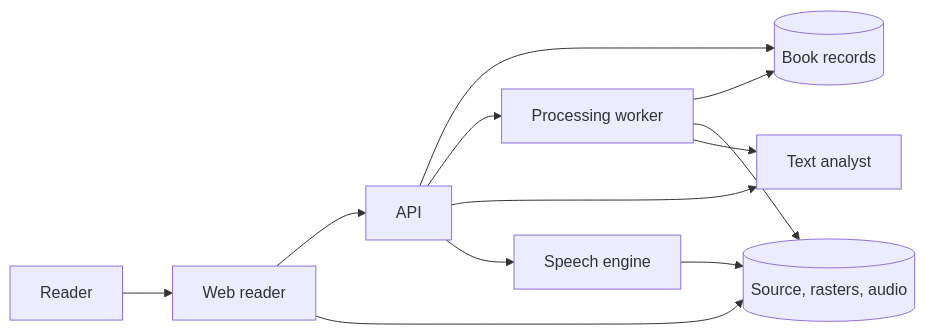
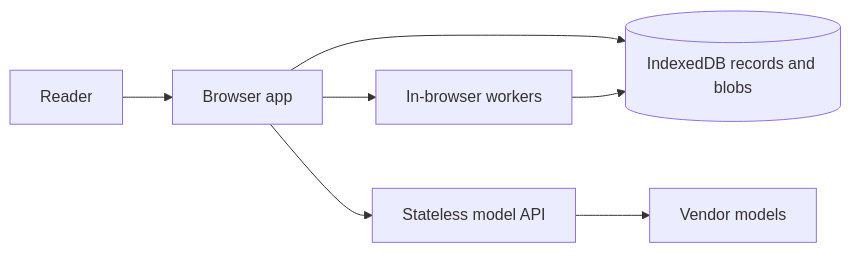
Before and after one commit to manishsharma004/open-book-reader: the second of 6 diagrams in specs/discussion/DESIGN.md, drawn with Mermaid. The commit also changed other lines of this file and 1 other file, not shown here.

First line of the commit message:
Keep book data in the browser and the model API stateless.

````diff
--- a/specs/discussion/DESIGN.md
+++ b/specs/discussion/DESIGN.md
@@ -90,23 +101,16 @@
 ```mermaid
 flowchart LR
   reader[Reader]
-  web[Web reader]
-  api[API]
-  worker[Processing worker]
-  analyst[Text analyst]
-  speech[Speech engine]
-  db[("Book records")]
-  blob[("Source, rasters, audio")]
+  app[Browser app]
+  workers[In-browser workers]
+  idb[("IndexedDB records and blobs")]
+  api[Stateless model API]
+  models[Vendor models]
 
-  reader --> web
-  web --> api
-  api --> db
-  api --> worker
-  worker --> db
-  worker --> blob
-  worker --> analyst
-  api --> analyst
-  api --> speech
-  speech --> blob
-  web --> blob
+  reader --> app
+  app --> workers
+  app --> idb
+  workers --> idb
+  app --> api
+  api --> models
 ```
````
